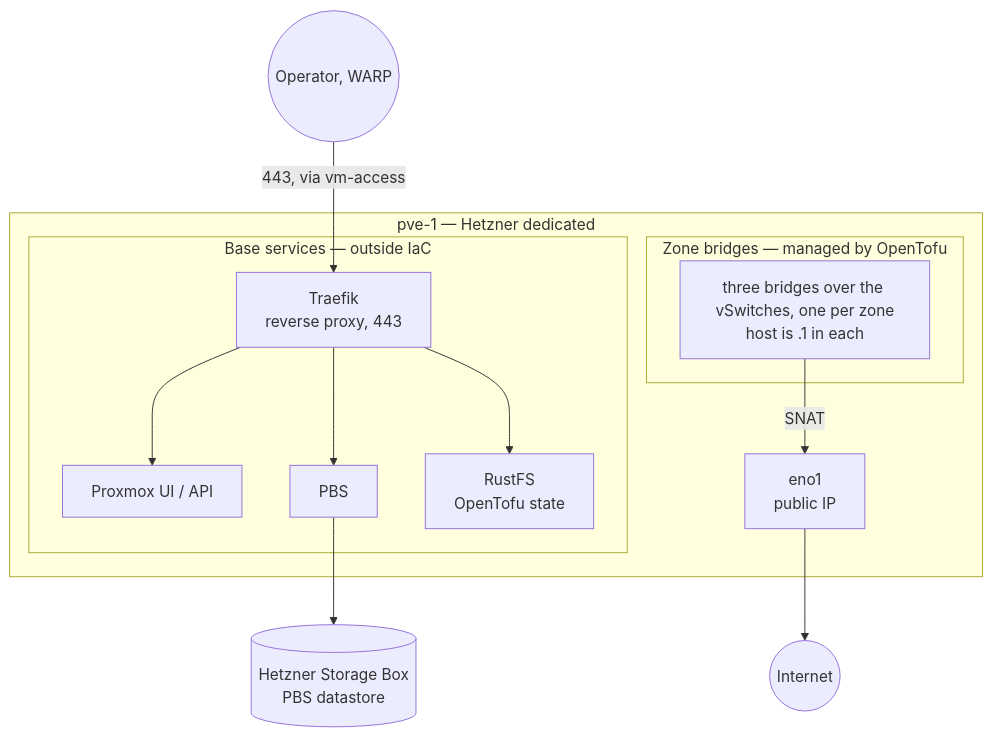
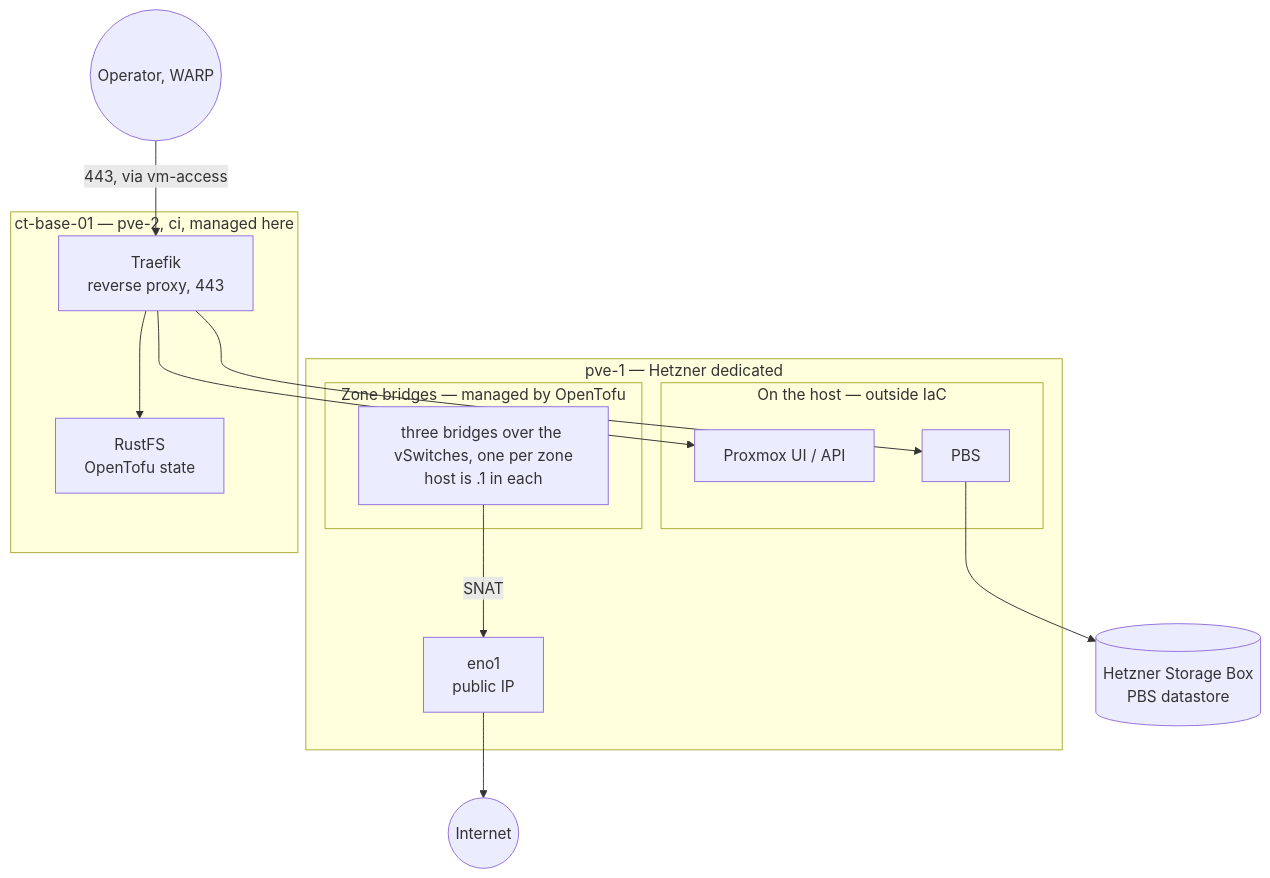
Before and after one commit to 0xc0-labs/infrastructure: the first of 7 diagrams in docs/architecture.md, drawn with Mermaid. The commit also changed other lines of this file and 9 other files, not shown here.

First line of the commit message:
feat(tofu): point base hostnames at ct-base-01, close node 443 (#302)

````diff
--- a/docs/architecture.md
+++ b/docs/architecture.md
@@ -48,28 +49,31 @@
 ```mermaid
 flowchart TB
   internet(("Internet"))
 
   subgraph host["pve-1 — Hetzner dedicated"]
     eno1["eno1<br/>public IP"]
 
-    subgraph base["Base services — outside IaC"]
-      traefik["Traefik<br/>reverse proxy, 443"]
+    subgraph base["On the host — outside IaC"]
       pveui["Proxmox UI / API"]
       pbs["PBS"]
-      rustfs["RustFS<br/>OpenTofu state"]
     end
 
     subgraph bridges["Zone bridges — managed by OpenTofu"]
       zones["three bridges over the vSwitches, one per zone<br/>host is .1 in each"]
     end
+  end
+
+  subgraph ctbase["ct-base-01 — pve-2, ci, managed here"]
+    traefik["Traefik<br/>reverse proxy, 443"]
+    rustfs["RustFS<br/>OpenTofu state"]
   end
 
   sbox[("Hetzner Storage Box<br/>PBS datastore")]
 
   operator(("Operator, WARP")) -- "443, via vm-access" --> traefik
   traefik --> pveui
   traefik --> pbs
   traefik --> rustfs
   pbs --> sbox
   zones -- "SNAT" --> eno1 --> internet
 ```
````
